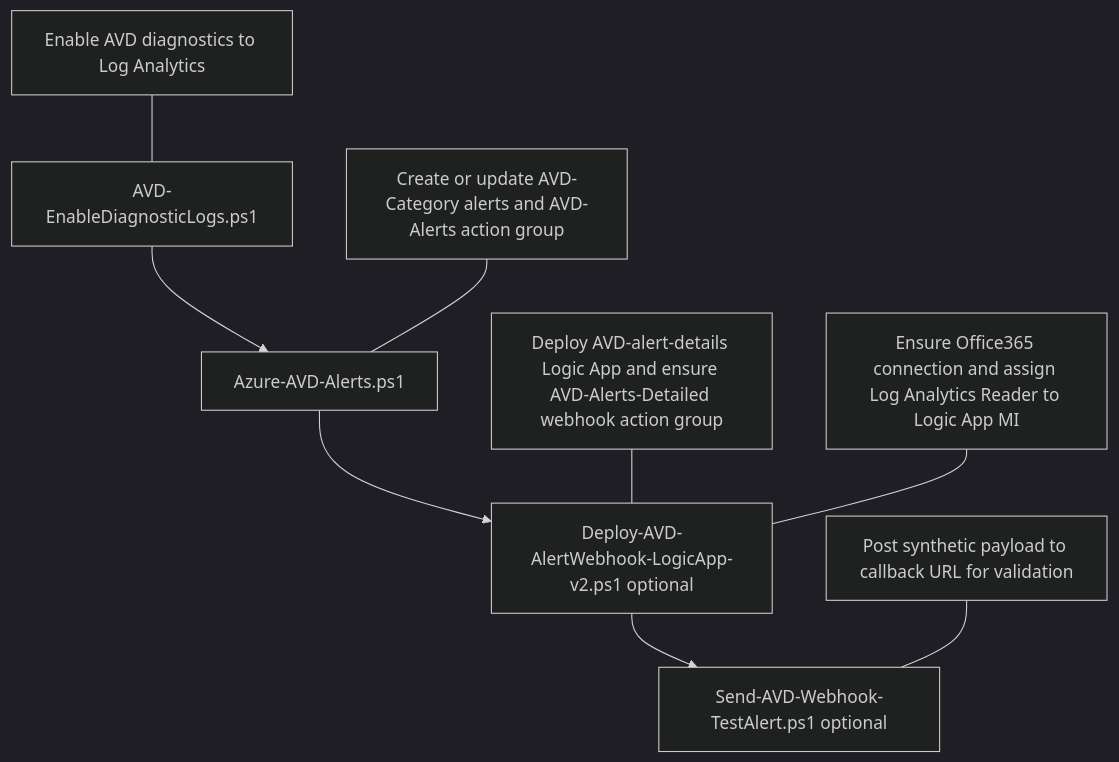
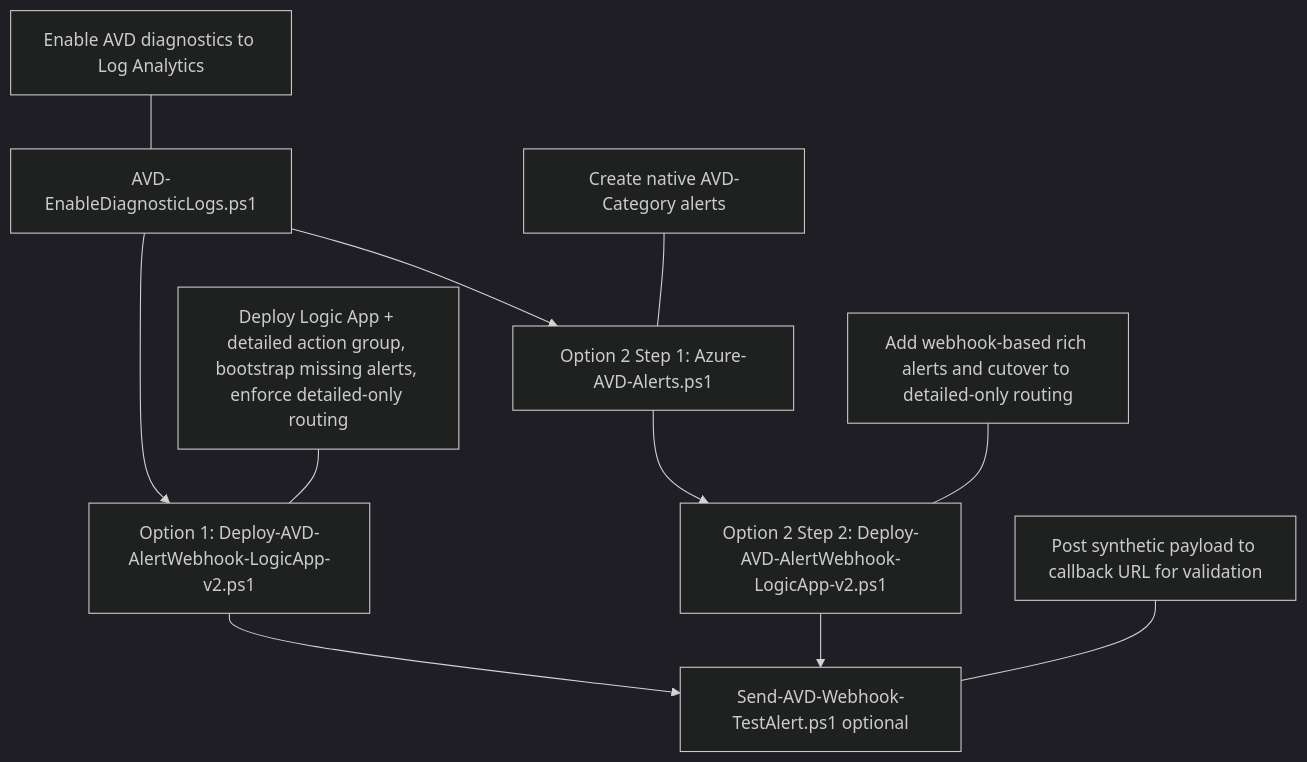
Before and after one commit to AzaryaShaulov/AVD: the first of 2 diagrams in README.md, drawn with Mermaid (dark theme). The commit also changed other lines of this file and 4 other files, not shown here.

First line of the commit message:
Enhance AVD alerting scripts with detailed webhook support and email notifications

````diff
--- a/README.md
+++ b/README.md
@@ -24,12 +22,15 @@
 ```mermaid
 flowchart TD
-    A[AVD-EnableDiagnosticLogs.ps1] --> B[Azure-AVD-Alerts.ps1]
-    B --> C[Deploy-AVD-AlertWebhook-LogicApp-v2.ps1 optional]
-    C --> D[Send-AVD-Webhook-TestAlert.ps1 optional]
+  A[AVD-EnableDiagnosticLogs.ps1] --> O1[Option 1: Deploy-AVD-AlertWebhook-LogicApp-v2.ps1]
+  A --> O2A[Option 2 Step 1: Azure-AVD-Alerts.ps1]
+  O2A --> O2B[Option 2 Step 2: Deploy-AVD-AlertWebhook-LogicApp-v2.ps1]
 
-    A1[Enable AVD diagnostics to Log Analytics] --- A
-    B1[Create or update AVD-Category alerts and AVD-Alerts action group] --- B
-    C1[Deploy AVD-alert-details Logic App and ensure AVD-Alerts-Detailed webhook action group] --- C
-    C2[Ensure Office365 connection and assign Log Analytics Reader to Logic App MI] --- C
-    D1[Post synthetic payload to callback URL for validation] --- D
+  O1 --> D[Send-AVD-Webhook-TestAlert.ps1 optional]
+  O2B --> D
+
+  A1[Enable AVD diagnostics to Log Analytics] --- A
+  O1A[Deploy Logic App + detailed action group, bootstrap missing alerts, enforce detailed-only routing] --- O1
+  O2A1[Create native AVD-Category alerts] --- O2A
+  O2B1[Add webhook-based rich alerts and cutover to detailed-only routing] --- O2B
+  D1[Post synthetic payload to callback URL for validation] --- D
 ```
````
